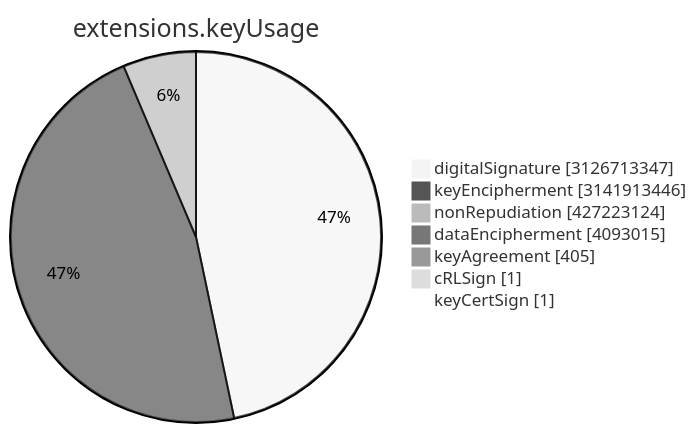
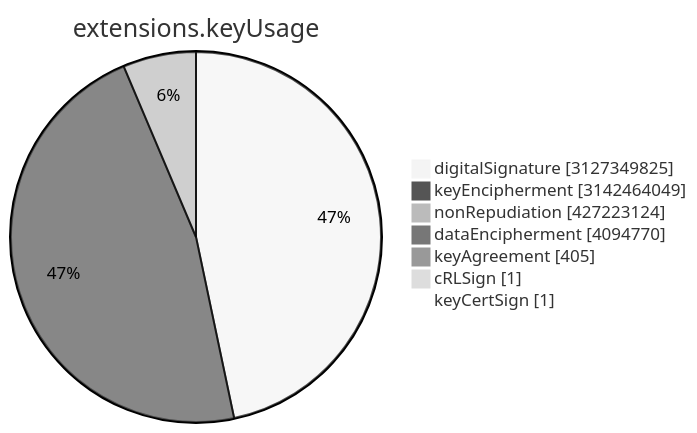
One commit to christiankrug/ctmonitor_visualization changed the sixth of 15 diagrams in TOTAL/README.md. Above: the diagram before and after it, drawn with Mermaid (neutral theme). The commit also changed other lines of this file, not shown here.

````diff
--- a/TOTAL/README.md
+++ b/TOTAL/README.md
@@ -3077,11 +3077,11 @@
 ```mermaid
 pie showData
 title extensions.keyUsage
-"digitalSignature" :3126713347
-"keyEncipherment" :3141913446
+"digitalSignature" :3127349825
+"keyEncipherment" :3142464049
 "nonRepudiation" :427223124
-"dataEncipherment" :4093015
+"dataEncipherment" :4094770
 "keyAgreement" :405
 "cRLSign" :1
 "keyCertSign" :1
 ```
````
